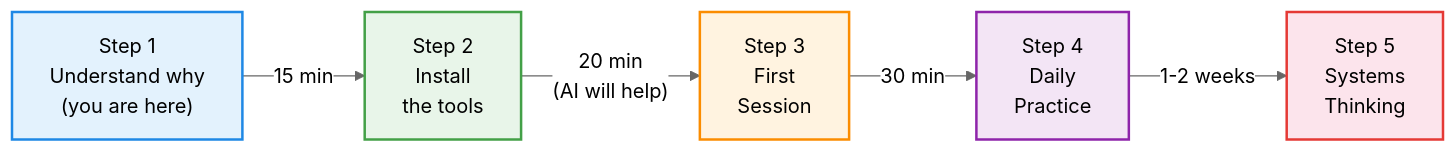
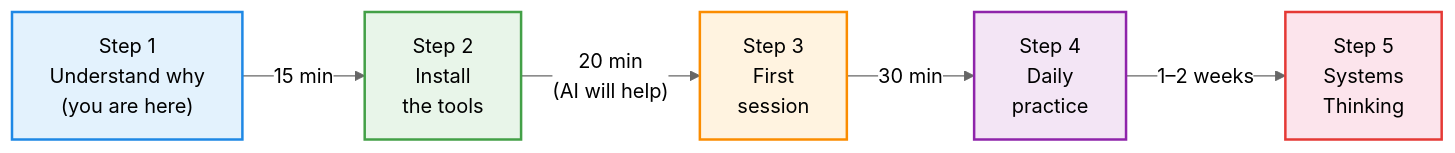
One commit to iwesys/IWE changed the first of 3 diagrams in docs/onboarding/onboarding-guide.md. Above: the diagram before and after it, drawn with Mermaid (neutral theme). The commit also changed other lines of this file and 22 other files, not shown here.

````diff
--- a/docs/onboarding/onboarding-guide.md
+++ b/docs/onboarding/onboarding-guide.md
@@ -56,19 +56,19 @@
 ```mermaid
 graph LR
     S1["Step 1\nUnderstand why\n(you are here)"]
     S2["Step 2\nInstall\nthe tools"]
-    S3["Step 3\nFirst\nSession"]
-    S4["Step 4\nDaily\nPractice"]
+    S3["Step 3\nFirst\nsession"]
+    S4["Step 4\nDaily\npractice"]
     S5["Step 5\nSystems\nThinking"]
 
     S1 -->|"15 min"| S2
     S2 -->|"20 min\n(AI will help)"| S3
     S3 -->|"30 min"| S4
-    S4 -->|"1-2 weeks"| S5
+    S4 -->|"1–2 weeks"| S5
 
     style S1 fill:#e3f2fd,stroke:#1e88e5,stroke-width:2px
     style S2 fill:#e8f5e9,stroke:#43a047,stroke-width:2px
     style S3 fill:#fff3e0,stroke:#fb8c00,stroke-width:2px
     style S4 fill:#f3e5f5,stroke:#8e24aa,stroke-width:2px
     style S5 fill:#fce4ec,stroke:#e53935,stroke-width:2px
 ```
````
